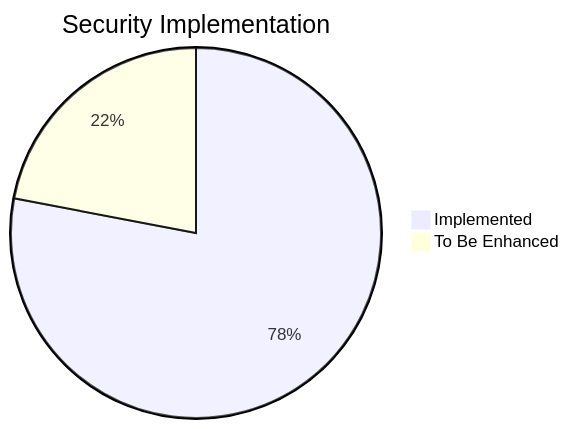
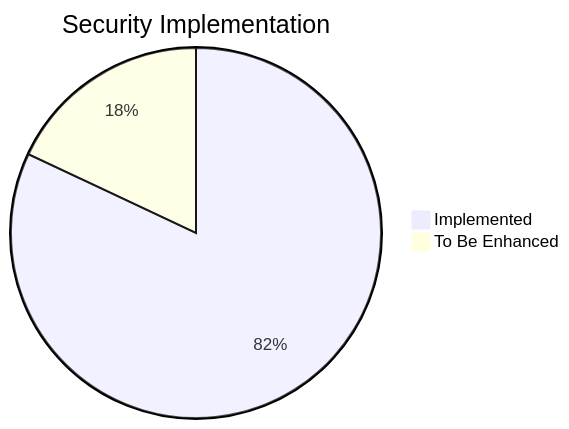
One commit to danbiocchi/oxidizedoasis-websands changed the first of 3 diagrams in docs/Security_Audit.md. Above: the diagram before and after it, drawn with Mermaid. The commit also changed other lines of this file and 3 other files, not shown here.

````diff
--- a/docs/Security_Audit.md
+++ b/docs/Security_Audit.md
@@ -12,5 +12,5 @@
 ```mermaid
 pie title Security Implementation
-    "Implemented" : 78
-    "To Be Enhanced" : 22
+    "Implemented" : 82
+    "To Be Enhanced" : 18
 ```
````
